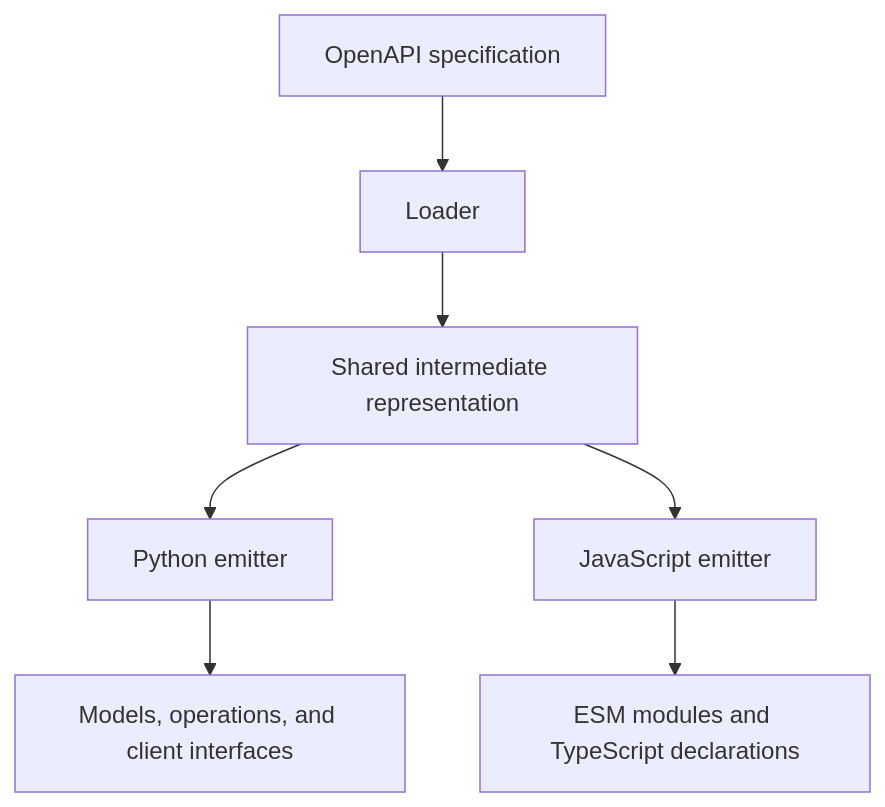
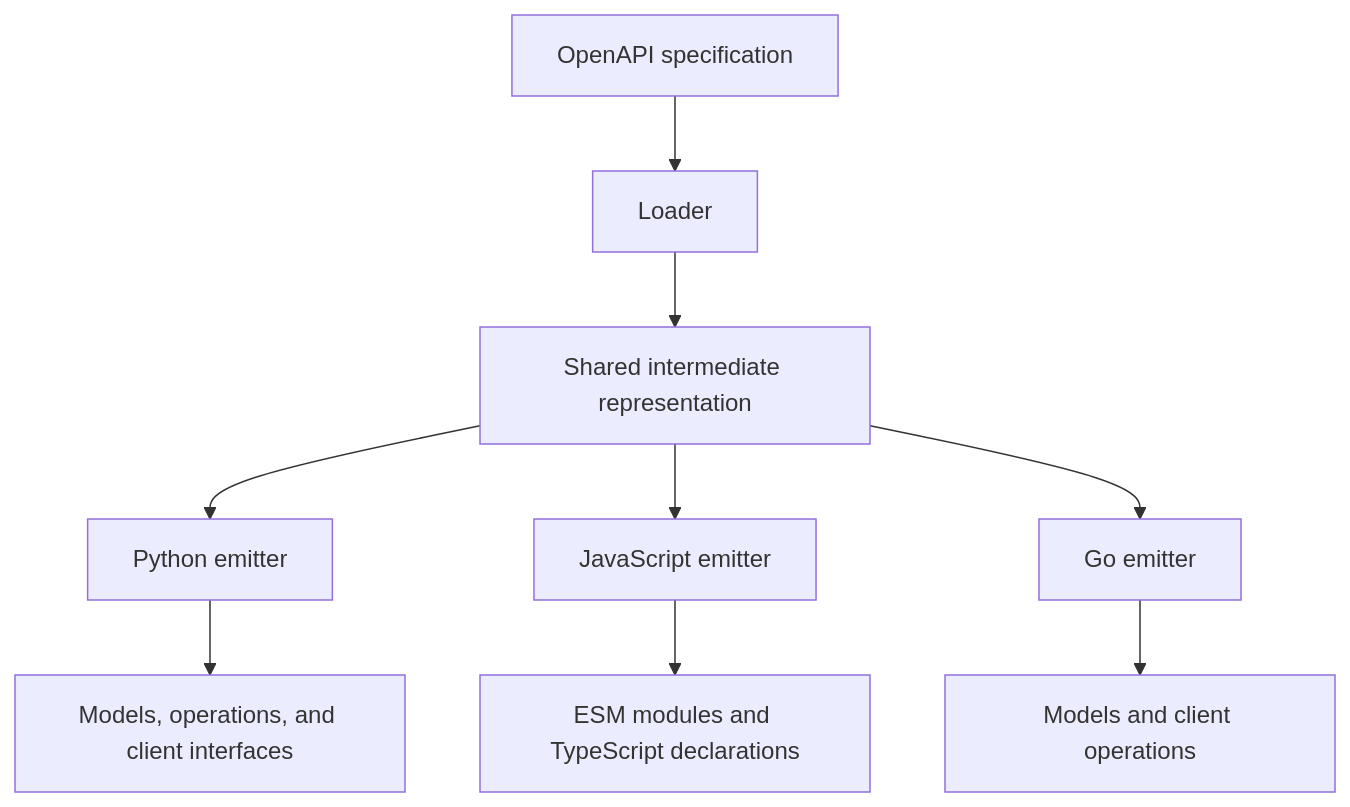
The first of 2 diagrams in README.md (nebius/contree-client), drawn with Mermaid before and after one commit. The commit also changed other lines of this file and 62 other files, not shown here.

````diff
--- a/README.md
+++ b/README.md
@@ -15,9 +17,11 @@
 ```mermaid
 flowchart TD
     SPEC[OpenAPI specification] --> LOADER[Loader]
     LOADER --> IR[Shared intermediate representation]
     IR --> PY[Python emitter]
     IR --> JS[JavaScript emitter]
+    IR --> GO[Go emitter]
     PY --> PY_OUT[Models, operations, and client interfaces]
     JS --> JS_OUT[ESM modules and TypeScript declarations]
+    GO --> GO_OUT[Models and client operations]
 ```
````
